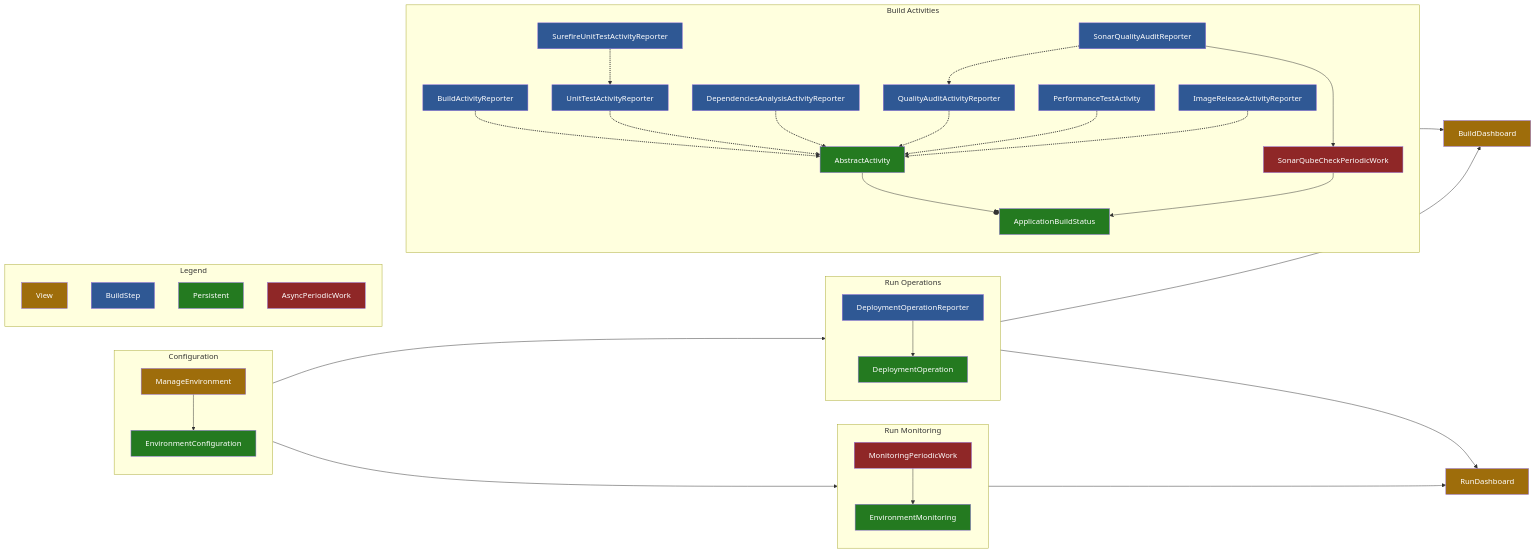
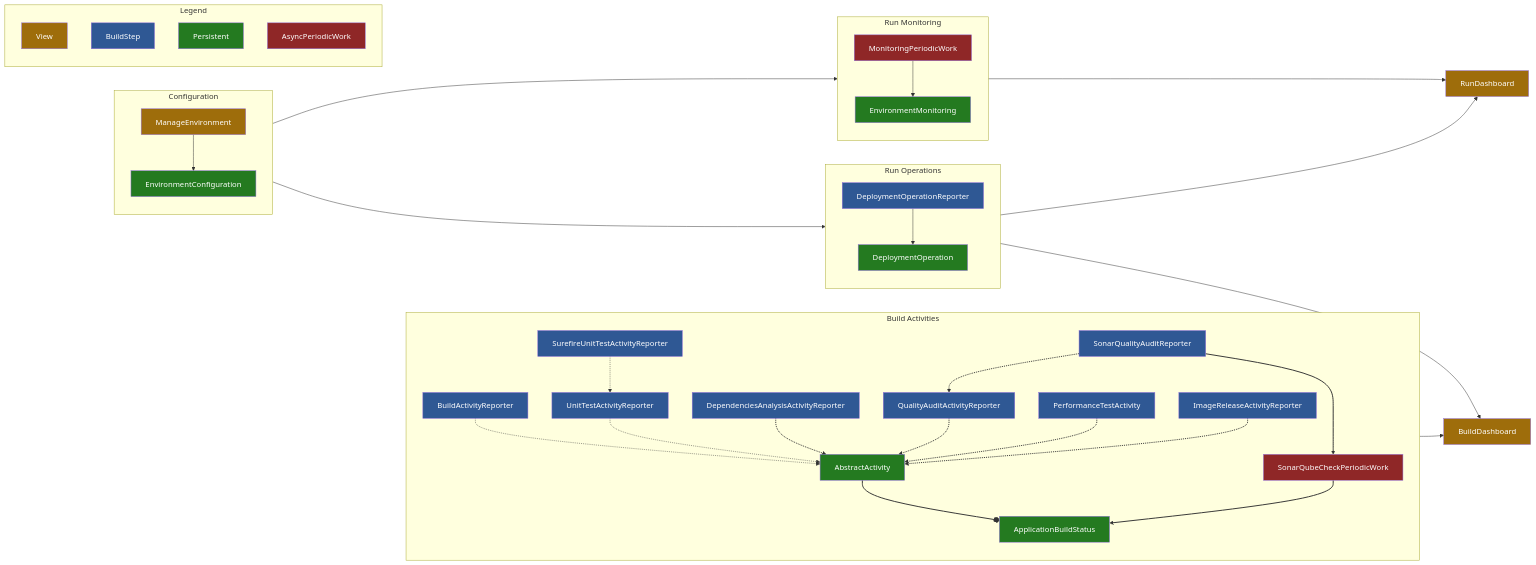
One commit to jenkinsci/devops-portal-plugin changed the diagram in README.md. Above: the diagram before and after it, drawn with Mermaid.

````diff
--- a/README.md
+++ b/README.md
@@ -378,49 +378,50 @@
 ```mermaid
 flowchart LR
+
+    subgraph BuildActivities[Build Activities]
+    BuildActivityReporter:::reporter -.-> AbstractActivity:::entity
+    UnitTestActivityReporter:::reporter -.-> AbstractActivity:::entity
+    SurefireUnitTestActivityReporter:::reporter -.-> UnitTestActivityReporter:::reporter
+    DependenciesAnalysisActivityReporter:::reporter -.-> AbstractActivity:::entity
+    QualityAuditActivityReporter:::reporter -.-> AbstractActivity:::entity
+    SonarQualityAuditReporter:::reporter -.-> QualityAuditActivityReporter:::reporter
+    PerformanceTestActivity:::reporter -.-> AbstractActivity:::entity
+    ImageReleaseActivityReporter:::reporter -.-> AbstractActivity:::entity
+    AbstractActivity:::entity --o ApplicationBuildStatus:::entity
+    SonarQualityAuditReporter:::reporter --> SonarQubeCheckPeriodicWork:::worker
+    SonarQubeCheckPeriodicWork:::worker --> ApplicationBuildStatus:::entity
+    end
 
     subgraph Configuration
     ManageEnvironment:::view --> EnvironmentConfiguration:::entity
     end
     
     subgraph Legend
     View:::view
     BuildStep:::reporter
     Persistent:::entity
     AsyncPeriodicWork:::worker
     end
     
     subgraph RunOperations[Run Operations]
     DeploymentOperationReporter:::reporter --> DeploymentOperation:::entity
     end
     
     subgraph RunMonitoring[Run Monitoring]
     MonitoringPeriodicWork:::worker --> EnvironmentMonitoring:::entity
     end
-    
-    subgraph BuildActivities[Build Activities]
-    BuildActivityReporter:::reporter -.-> AbstractActivity:::entity
-    UnitTestActivityReporter:::reporter -.-> AbstractActivity:::entity
-    SurefireUnitTestActivityReporter:::reporter -.-> UnitTestActivityReporter:::reporter
-    DependenciesAnalysisActivityReporter:::reporter -.-> AbstractActivity:::entity
-    QualityAuditActivityReporter:::reporter -.-> AbstractActivity:::entity
-    SonarQualityAuditReporter:::reporter -.-> QualityAuditActivityReporter:::reporter
-    PerformanceTestActivity:::reporter -.-> AbstractActivity:::entity
-    ImageReleaseActivityReporter:::reporter -.-> AbstractActivity:::entity
-    AbstractActivity:::entity --o ApplicationBuildStatus:::entity
-    SonarQualityAuditReporter:::reporter --> SonarQubeCheckPeriodicWork:::worker
-    SonarQubeCheckPeriodicWork:::worker --> ApplicationBuildStatus:::entity
-    end
+   
     
     Configuration --> RunOperations
     Configuration --> RunMonitoring
     RunOperations --> RunDashboard:::view
     RunMonitoring --> RunDashboard:::view
     BuildActivities --> BuildDashboard:::view
     RunOperations --> BuildDashboard:::view
     
     classDef view fill:#9e6d0b,color:#fff
     classDef reporter fill:#2f5894,color:#fff
     classDef entity fill:#247a20,color:#fff
     classDef worker fill:#8f2727,color:#fff
     linkStyle 3,4,5,6,7,8,9,10 stroke-width:2px,fill:none
 ```
````
